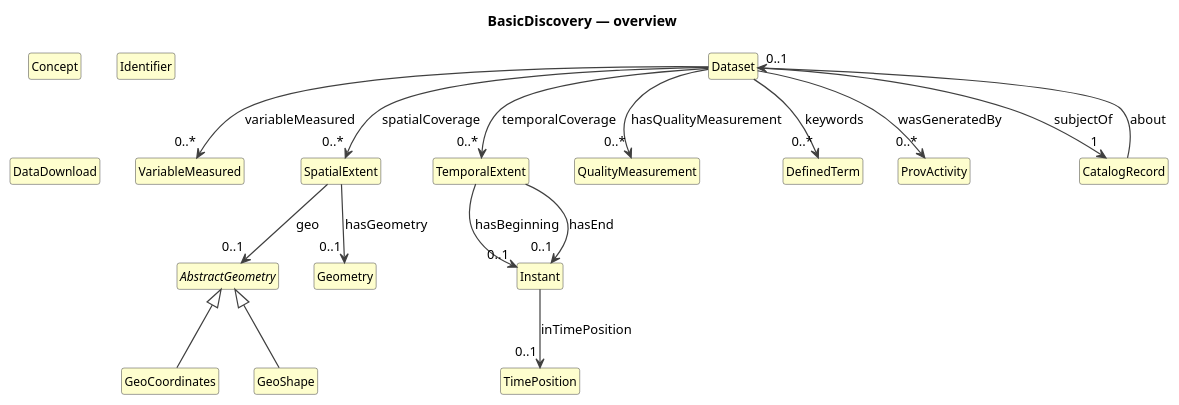
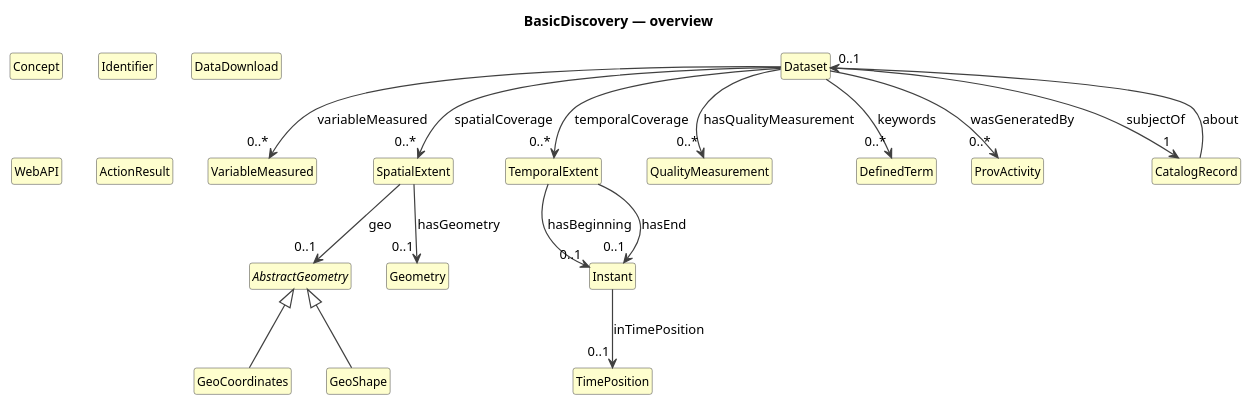
Before and after one commit to Cross-Domain-Interoperability-Framework/metadataBuildingBlocks: the diagram in cdif-uml-model/_plantuml/cdifDiscovery/index.local.pu, drawn with PlantUML. The commit also changed 834 other files, not shown here.

```diff
--- a/cdif-uml-model/_plantuml/cdifDiscovery/index.local.pu
+++ b/cdif-uml-model/_plantuml/cdifDiscovery/index.local.pu
@@ -1,46 +1,48 @@
 @startuml
 title BasicDiscovery — overview
 hide circle
 hide empty members
 skinparam shadowing false
 skinparam ArrowThickness 1.2
 skinparam class {
   ArrowColor #404040
   BorderColor #404040
   FontSize 12
 }
 
 class "Dataset" as Dataset #FEFECE
 class "VariableMeasured" as VariableMeasured #FEFECE
 class "SpatialExtent" as SpatialExtent #FEFECE
 abstract class "AbstractGeometry" as AbstractGeometry #FEFECE
 class "GeoCoordinates" as GeoCoordinates #FEFECE
 class "GeoShape" as GeoShape #FEFECE
 class "TemporalExtent" as TemporalExtent #FEFECE
 class "Instant" as Instant #FEFECE
 class "TimePosition" as TimePosition #FEFECE
 class "Geometry" as Geometry #FEFECE
 class "QualityMeasurement" as QualityMeasurement #FEFECE
 class "Concept" as Concept #FEFECE
 class "Identifier" as Identifier #FEFECE
 class "DefinedTerm" as DefinedTerm #FEFECE
 class "DataDownload" as DataDownload #FEFECE
+class "WebAPI" as WebAPI #FEFECE
+class "ActionResult" as ActionResult #FEFECE
 class "ProvActivity" as ProvActivity #FEFECE
 class "CatalogRecord" as CatalogRecord #FEFECE
 AbstractGeometry <|-- GeoCoordinates
 AbstractGeometry <|-- GeoShape
 Dataset --> "0..*" VariableMeasured : variableMeasured
 Dataset --> "0..*" SpatialExtent : spatialCoverage
 Dataset --> "0..*" TemporalExtent : temporalCoverage
 Dataset --> "0..*" QualityMeasurement : hasQualityMeasurement
 Dataset --> "0..*" ProvActivity : wasGeneratedBy
 Dataset --> "1" CatalogRecord : subjectOf
 Dataset --> "0..*" DefinedTerm : keywords
 SpatialExtent --> "0..1" AbstractGeometry : geo
 SpatialExtent --> "0..1" Geometry : hasGeometry
 TemporalExtent --> "0..1" Instant : hasBeginning
 TemporalExtent --> "0..1" Instant : hasEnd
 Instant --> "0..1" TimePosition : inTimePosition
 CatalogRecord --> "0..1" Dataset : about
 
 @enduml
```
